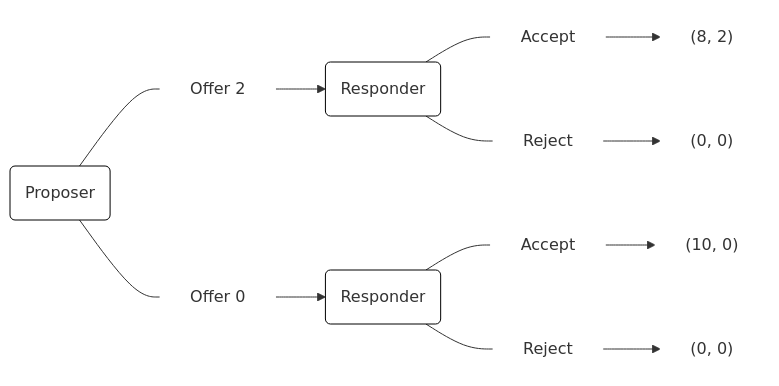
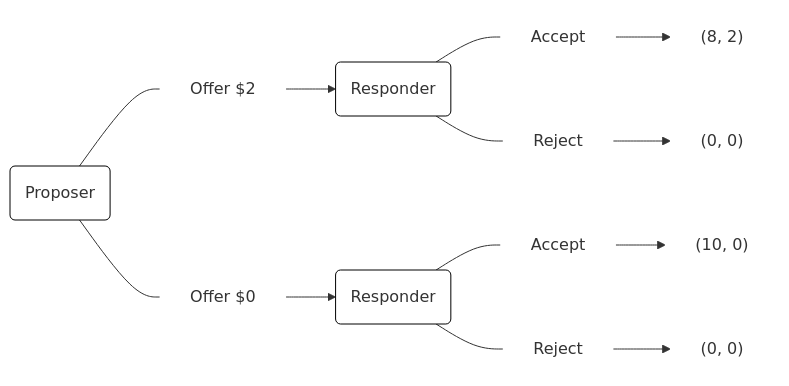
The third of 5 diagrams in social-preferences/reciprocity.qmd (jasonacollins/behaviouraleconomics), drawn with Mermaid before and after one commit. The commit also changed other lines of this file and 98 other files, not shown here.

````diff
--- a/social-preferences/reciprocity.qmd
+++ b/social-preferences/reciprocity.qmd
@@ -46,23 +75,23 @@
 ```{mermaid}
-%%| fig-width: 4
-%%| label: fig-dictator-game-scenario-2
+%%| fig-width: 5
+%%| label: fig-ultimatum-game-scenario-2
 %%| fig-cap: Scenario 2 of the ultimatum game
 %%| mermaid-format: png
 
 graph LR
-    A(Proposer) ---B[Offer 2] --> C(Responder)
-    A(Proposer) ---D[Offer 0] --> E(Responder)
+    A(Proposer) ---B[Offer $2] --> C(Responder)
+    A(Proposer) ---D[Offer $0] --> E(Responder)
     C ---F[Accept] --> H["(8, 2)"]
     C ---G[Reject] --> I["(0, 0)"]
     E ---J[Accept] --> L["(10, 0)"]
     E ---K[Reject] --> M["(0, 0)"]
 
     classDef node fill:#FFF, stroke:#000;
     class A,C,E node;
 
     classDef edge fill:#FFF, stroke:#FFF;
     class B,D,F,G,J,K edge;
 
     classDef payoff fill:#FFF, stroke:#FFF;
     class H,I,L,M payoff;
 ```
````
